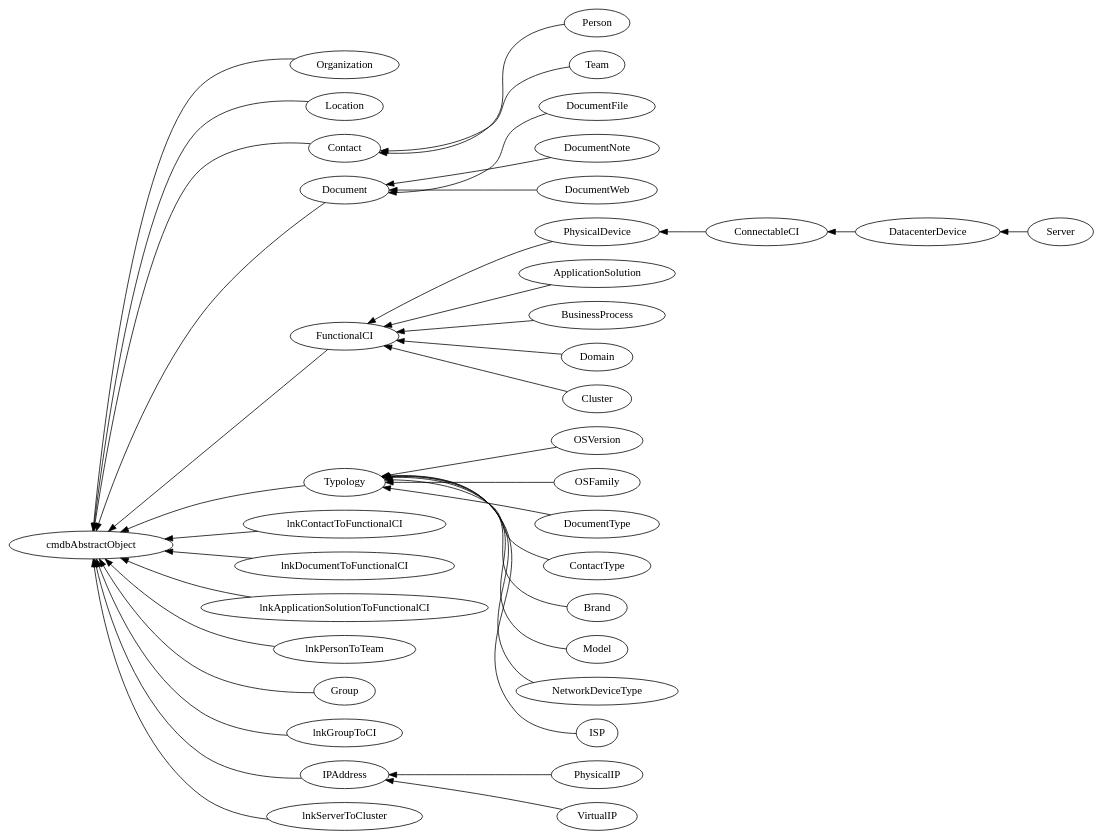
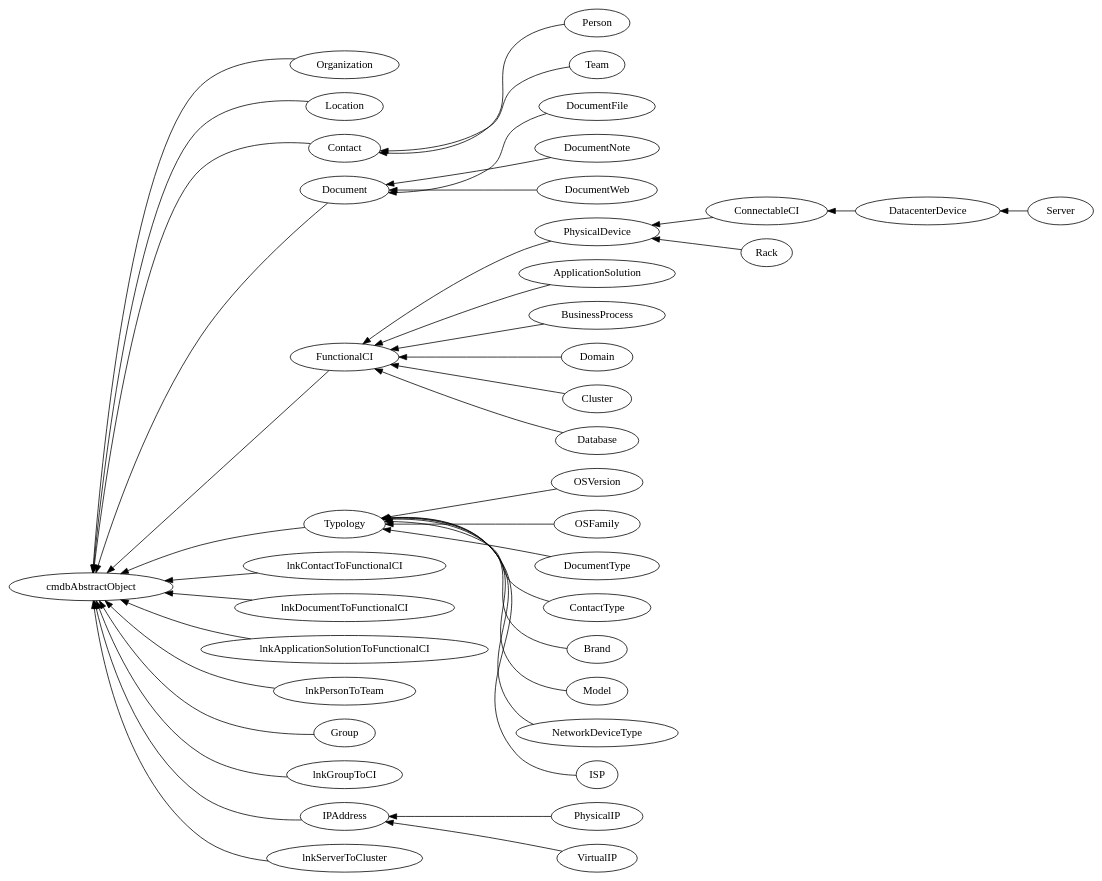
One commit to ops-itop/itop-extensions changed the diagram in itop.dot. Above: the diagram before and after it, drawn with Graphviz. The commit also changed 3 other files, not shown here.

```diff
--- a/itop.dot
+++ b/itop.dot
@@ -1,40 +1,42 @@
 digraph G{
 rankdir=RL
 Organization->cmdbAbstractObject
 Location->cmdbAbstractObject
 Contact->cmdbAbstractObject
 Person->Contact
 Team->Contact
 Document->cmdbAbstractObject
 DocumentFile->Document
 DocumentNote->Document
 DocumentWeb->Document
 FunctionalCI->cmdbAbstractObject
 PhysicalDevice->FunctionalCI
 ConnectableCI->PhysicalDevice
 DatacenterDevice->ConnectableCI
 Server->DatacenterDevice
 ApplicationSolution->FunctionalCI
 BusinessProcess->FunctionalCI
 Typology->cmdbAbstractObject
 OSVersion->Typology
 OSFamily->Typology
 DocumentType->Typology
 ContactType->Typology
 Brand->Typology
 Model->Typology
 NetworkDeviceType->Typology
 lnkContactToFunctionalCI->cmdbAbstractObject
 lnkDocumentToFunctionalCI->cmdbAbstractObject
 lnkApplicationSolutionToFunctionalCI->cmdbAbstractObject
 lnkPersonToTeam->cmdbAbstractObject
 Group->cmdbAbstractObject
 lnkGroupToCI->cmdbAbstractObject
 IPAddress->cmdbAbstractObject
 PhysicalIP->IPAddress
 VirtualIP->IPAddress
 Domain->FunctionalCI
 Cluster->FunctionalCI
+Database->FunctionalCI
+Rack->PhysicalDevice
 ISP->Typology
 lnkServerToCluster->cmdbAbstractObject
 }
```
